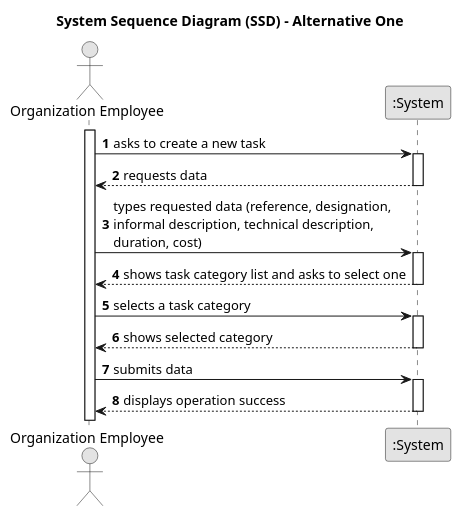
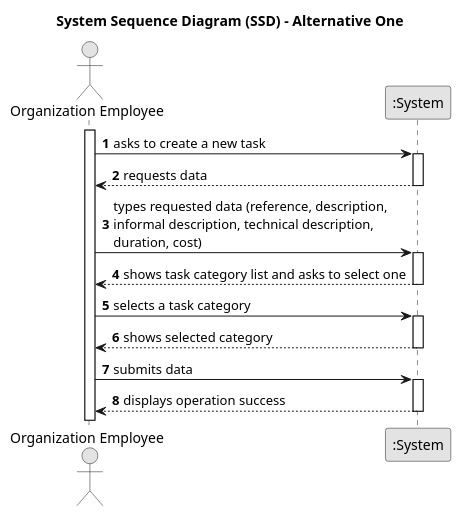
Before and after one commit to PureNimble/ISEP-LAPR2: the diagram in docs/tp01/puml/uc6-ssd-alternative-one.puml, drawn with PlantUML. The commit also changed 17 other files, not shown here.

Commit message:
Rename designation to description.

```diff
--- a/docs/tp01/puml/uc6-ssd-alternative-one.puml
+++ b/docs/tp01/puml/uc6-ssd-alternative-one.puml
@@ -1,39 +1,39 @@
 @startuml
 skinparam monochrome true
 skinparam packageStyle rectangle
 skinparam shadowing false
 
 title System Sequence Diagram (SSD) - Alternative One
 
 autonumber
 
 actor "Organization Employee" as Employee
 participant ":System" as System
 
 activate Employee
 
     Employee -> System : asks to create a new task
     activate System
 
         System --> Employee : requests data
     deactivate System
 
-    Employee -> System : types requested data (reference, designation, \ninformal description, technical description,\nduration, cost)
+    Employee -> System : types requested data (reference, description, \ninformal description, technical description,\nduration, cost)
     activate System
 
         System --> Employee : shows task category list and asks to select one
     deactivate System
 
     Employee -> System : selects a task category
     activate System
 
         System --> Employee : shows selected category
     deactivate System
 
     Employee -> System : submits data
     activate System
 
         System --> Employee : displays operation success
     deactivate System
 
 @enduml
```
